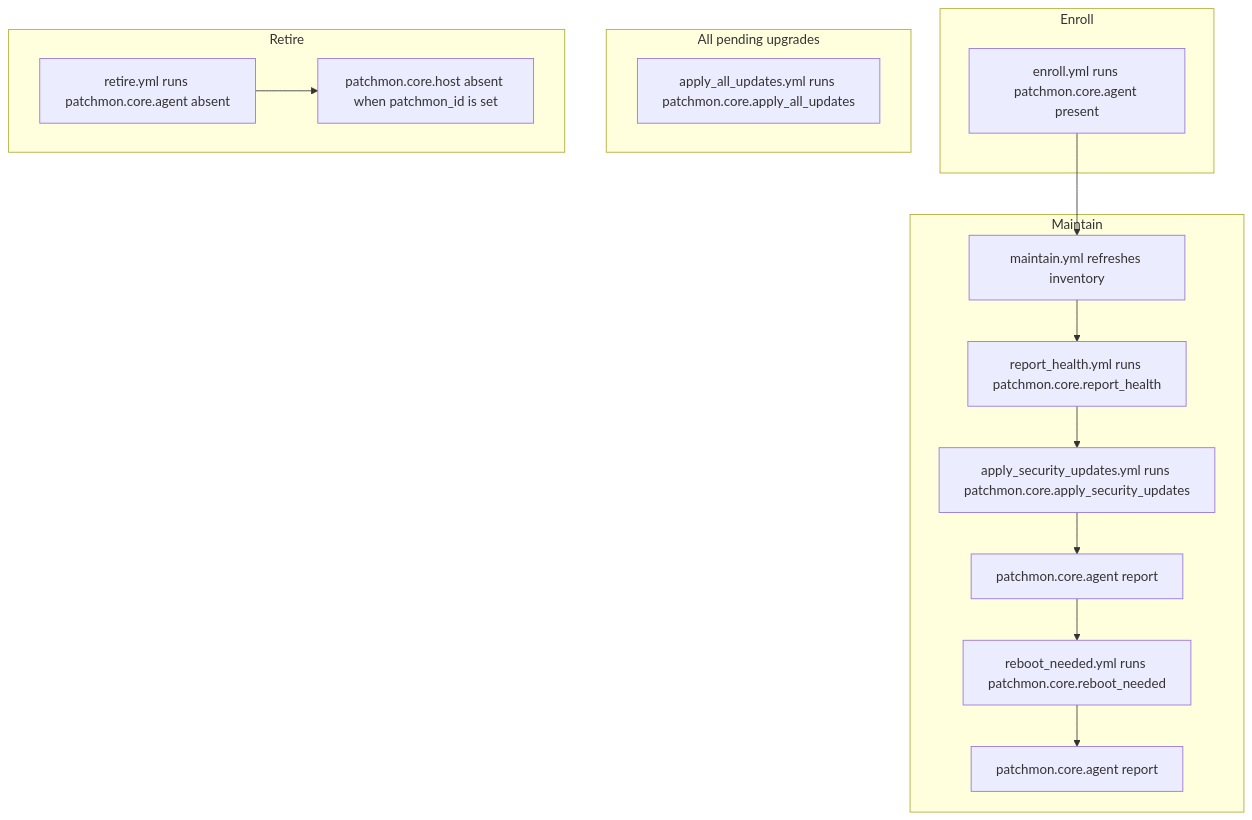
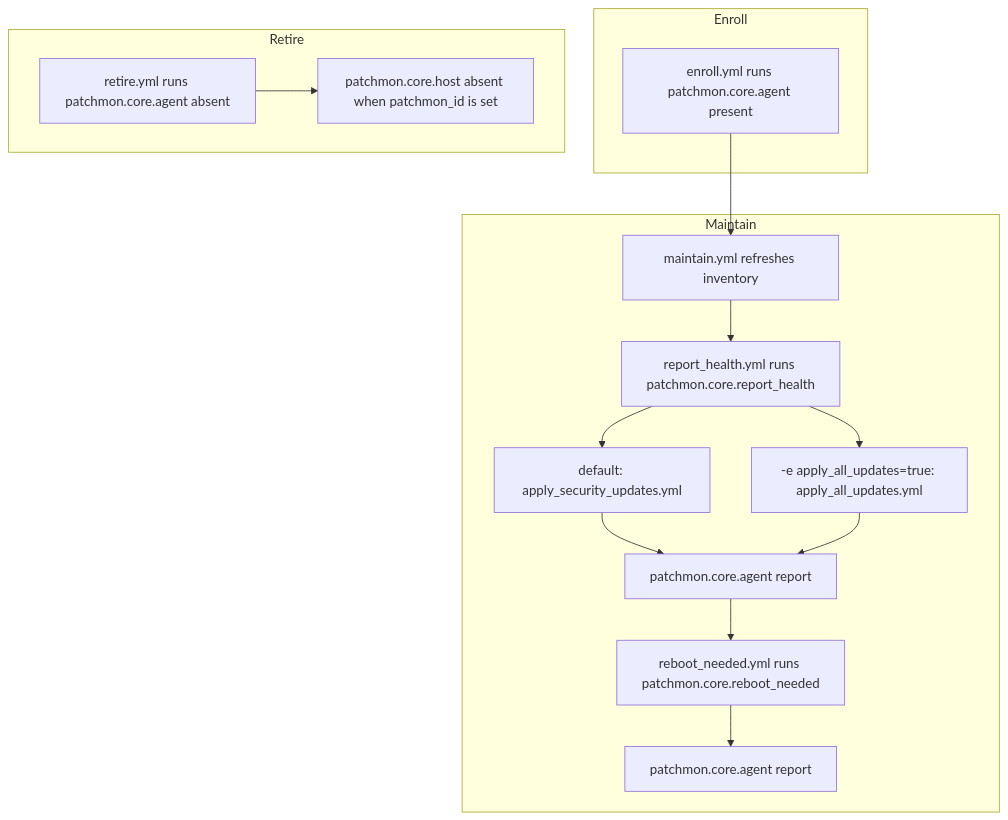
One commit to mrjoshuap/PatchMon-ansible changed the second of 2 diagrams in docs/automator-guide.md. Above: the diagram before and after it, drawn with Mermaid. The commit also changed other lines of this file and 7 other files, not shown here.

````diff
--- a/docs/automator-guide.md
+++ b/docs/automator-guide.md
@@ -409,28 +409,28 @@
 ```mermaid
 flowchart TD
   subgraph enroll [Enroll]
     enrollAgent["enroll.yml runs patchmon.core.agent present"]
   end
   subgraph maintain [Maintain]
     refresh[maintain.yml refreshes inventory]
     health["report_health.yml runs patchmon.core.report_health"]
-    securityUpd["apply_security_updates.yml runs patchmon.core.apply_security_updates"]
+    securityUpd["default: apply_security_updates.yml"]
+    allUpdates["-e apply_all_updates=true: apply_all_updates.yml"]
     reportSec["patchmon.core.agent report"]
     rebootHost["reboot_needed.yml runs patchmon.core.reboot_needed"]
     reportReboot["patchmon.core.agent report"]
     refresh --> health
     health --> securityUpd
+    health --> allUpdates
     securityUpd --> reportSec
+    allUpdates --> reportSec
     reportSec --> rebootHost
     rebootHost --> reportReboot
-  end
-  subgraph allPending [All pending upgrades]
-    allUpdates["apply_all_updates.yml runs patchmon.core.apply_all_updates"]
   end
   subgraph retire [Retire]
     removeAgent["retire.yml runs patchmon.core.agent absent"]
     deleteHost["patchmon.core.host absent when patchmon_id is set"]
     removeAgent --> deleteHost
   end
   enrollAgent --> refresh
 ```
````
